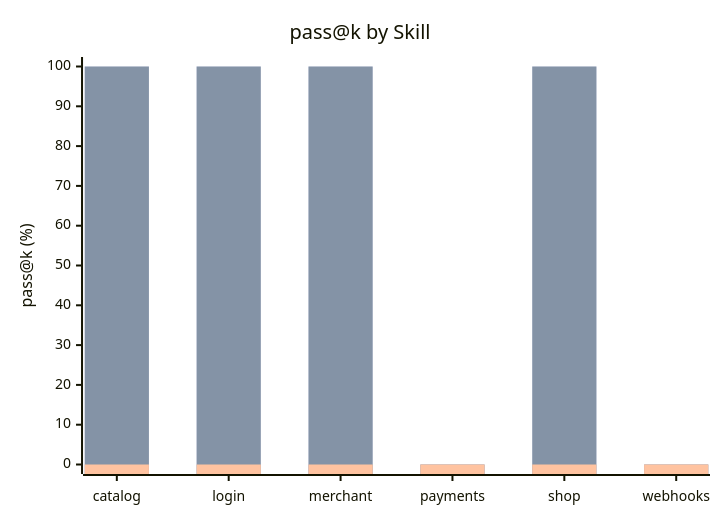
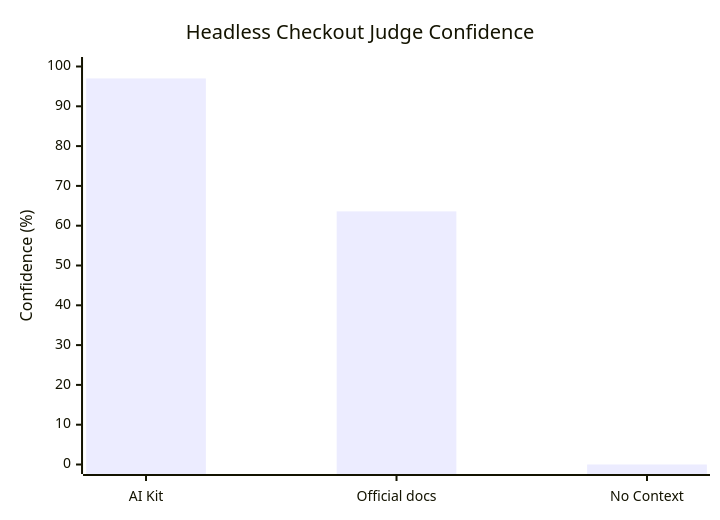
Before and after one commit to apyanzin-xsolla/ai-kit-eval-dashboard: the third of 4 diagrams in README.md, drawn with Mermaid. The commit also changed other lines of this file and 3 other files, not shown here.

Commit message:
docs: focus report on headless checkout use case

````diff
--- a/README.md
+++ b/README.md
@@ -139,9 +104,7 @@
 ```mermaid
 xychart-beta
-    title "pass@k by Skill"
-    x-axis ["catalog", "login", "merchant", "payments", "shop", "webhooks"]
-    y-axis "pass@k (%)" 0 --> 100
-    bar [100, 100, 100, 0, 100, 0]
-    bar [100, 100, 100, 0, 100, 0]
-    bar [0, 0, 0, 0, 0, 0]
+    title "Headless Checkout Judge Confidence"
+    x-axis ["AI Kit", "Official docs", "No Context"]
+    y-axis "Confidence (%)" 0 --> 100
+    bar [97.0, 63.6, 0]
 ```
````
